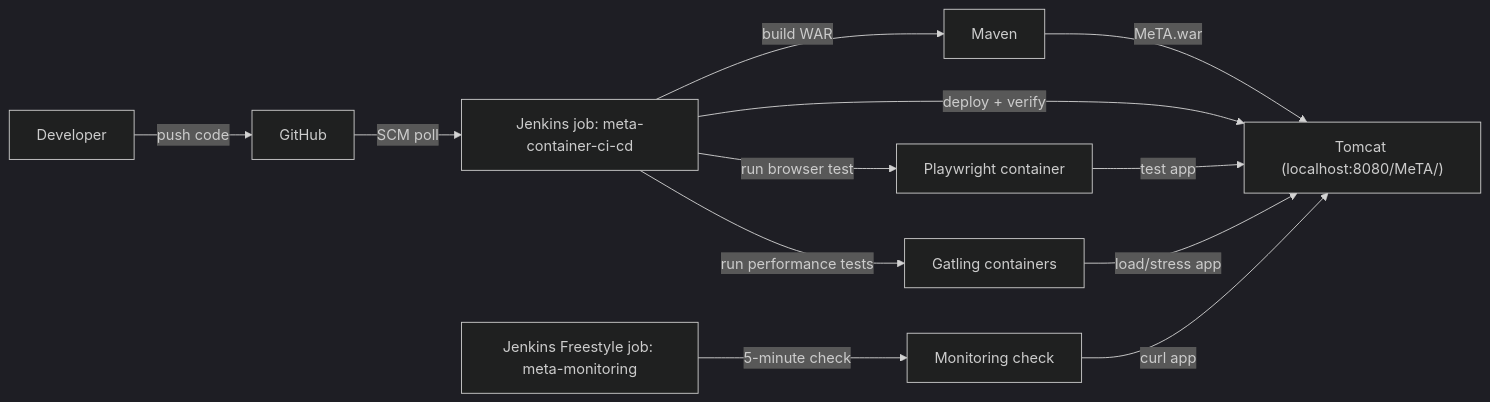
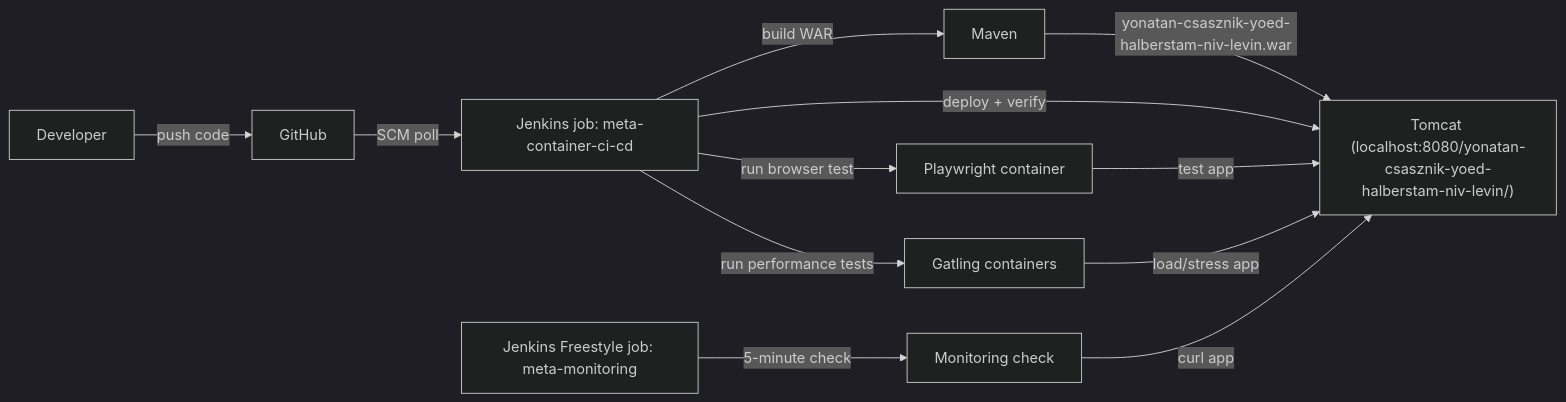
Before and after one commit to y0ncha/meta-final-project: the first of 3 diagrams in docs/architecture.md, drawn with Mermaid (dark theme). The commit also changed other lines of this file and 51 other files, not shown here.

Commit message:
Update Tomcat context path and WAR artifact name

````diff
--- a/docs/architecture.md
+++ b/docs/architecture.md
@@ -7,14 +7,14 @@
 ```mermaid
 flowchart LR
   Dev["Developer"] -->|push code| GitHub["GitHub"]
   GitHub -->|SCM poll| CICD["Jenkins job: meta-container-ci-cd"]
   CICD -->|build WAR| Maven["Maven"]
-  Maven -->|MeTA.war| Tomcat["Tomcat (localhost:8080/MeTA/)"]
+  Maven -->|yonatan-csasznik-yoed-halberstam-niv-levin.war| Tomcat["Tomcat (localhost:8080/yonatan-csasznik-yoed-halberstam-niv-levin/)"]
   CICD -->|deploy + verify| Tomcat
   CICD -->|run browser test| Playwright["Playwright container"]
   Playwright -->|test app| Tomcat
   CICD -->|run performance tests| Gatling["Gatling containers"]
   Gatling -->|load/stress app| Tomcat
   MonitorJob["Jenkins Freestyle job: meta-monitoring"] -->|5-minute check| Monitor["Monitoring check"]
   Monitor -->|curl app| Tomcat
 ```
````
